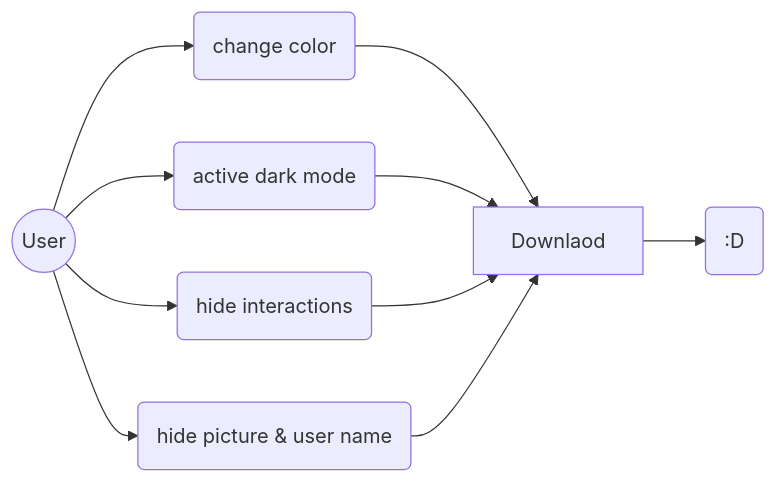
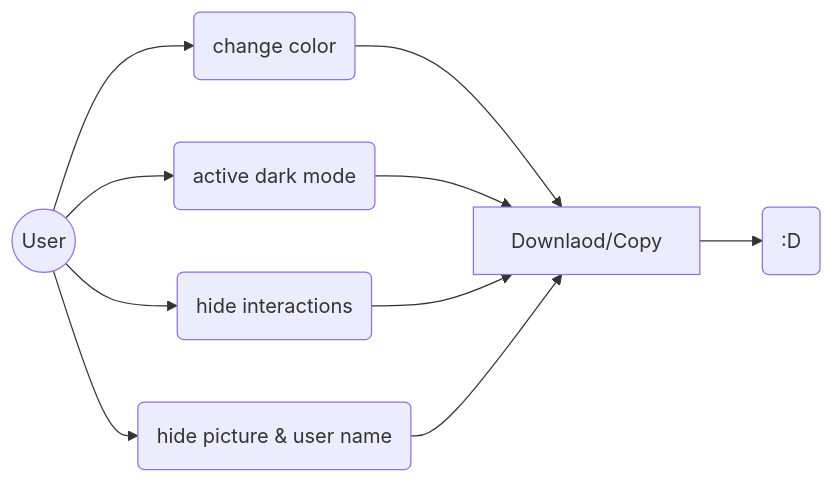
One commit to morad-labrid/tweepy changed the diagram in README.md. Above: the diagram before and after it, drawn with Mermaid. The commit also changed other lines of this file, not shown here.

````diff
--- a/README.md
+++ b/README.md
@@ -22,13 +21,13 @@
 ```mermaid
 graph LR
 A((User)) --> B(change color)
 A --> C(active dark mode)
 A --> D(hide interactions)
 A --> E(hide picture & user name)
 
-B --> Downlaod
-C --> Downlaod
-D --> Downlaod
-E --> Downlaod
-Downlaod --> G(:D)
+B --> Downlaod/Copy
+C --> Downlaod/Copy
+D --> Downlaod/Copy
+E --> Downlaod/Copy
+Downlaod/Copy --> G(:D)
 ```
````
